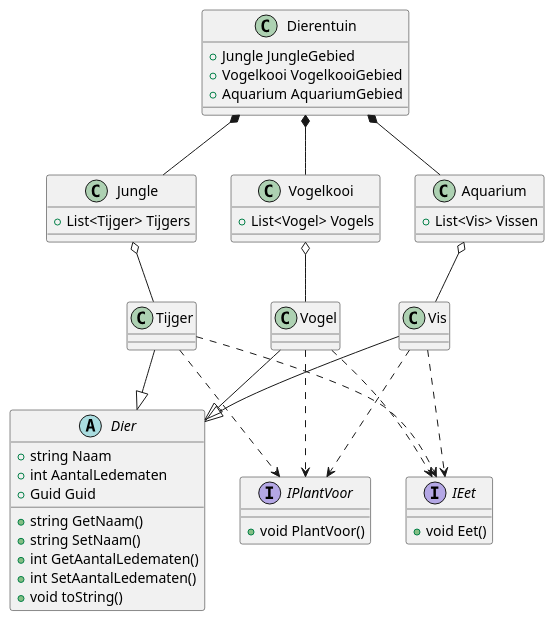
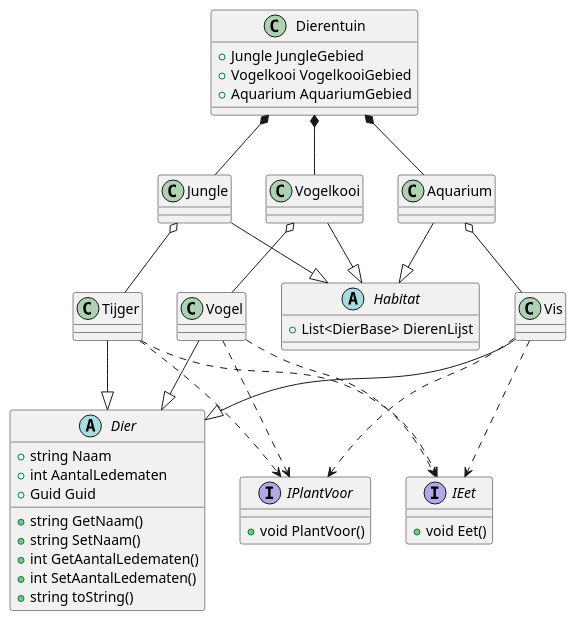
One commit to daniel1890/DierentuinCSharp changed the diagram in ClassDiagramV0.3.puml. Above: the diagram before and after it, drawn with PlantUML. The commit also changed 11 other files, not shown here.

```diff
--- a/ClassDiagramV0.3.puml
+++ b/ClassDiagramV0.3.puml
@@ -1,69 +1,74 @@
 @startuml
 
 Abstract Class Dier {
 	+ string Naam
 	+ int AantalLedematen
 	+ Guid Guid
 	+ string GetNaam()
 	+ string SetNaam()
 	+ int GetAantalLedematen()
 	+ int SetAantalLedematen()
-	+ void toString()
+	+ string toString()
 }
 
 Interface IPlantVoor {
 	+ void PlantVoor()
 }
 
 Interface IEet {
 	+ void Eet()
 }
 
 Class Tijger {
 }
 
 Class Vogel {
 }
 
 Class Vis {
 }
 
+Abstract Class Habitat {
+	+ List<DierBase> DierenLijst
+}
+
 Class Jungle {
-	+ List<Tijger> Tijgers
 }
 
 Class Vogelkooi {
-	+ List<Vogel> Vogels
 }
 
 Class Aquarium {
-	+ List<Vis> Vissen
 }
 
 Class Dierentuin {
 	+ Jungle JungleGebied
 	+ Vogelkooi VogelkooiGebied
 	+ Aquarium AquariumGebied
 }
 
 Tijger --|> Dier
 Vogel --|> Dier
 Vis --|> Dier
 
 Tijger..> IPlantVoor
 Vogel ..> IPlantVoor
 Vis ..> IPlantVoor
 
 Tijger ..> IEet
 Vogel ..> IEet
 Vis ..> IEet
 
+Jungle --|> Habitat
+Vogelkooi --|> Habitat
+Aquarium --|> Habitat
+
 Jungle o-- Tijger
 Vogelkooi o-- Vogel
 Aquarium o-- Vis
 
 Dierentuin *-- Jungle
 Dierentuin *-- Vogelkooi
 Dierentuin *-- Aquarium
 
 @enduml
```
